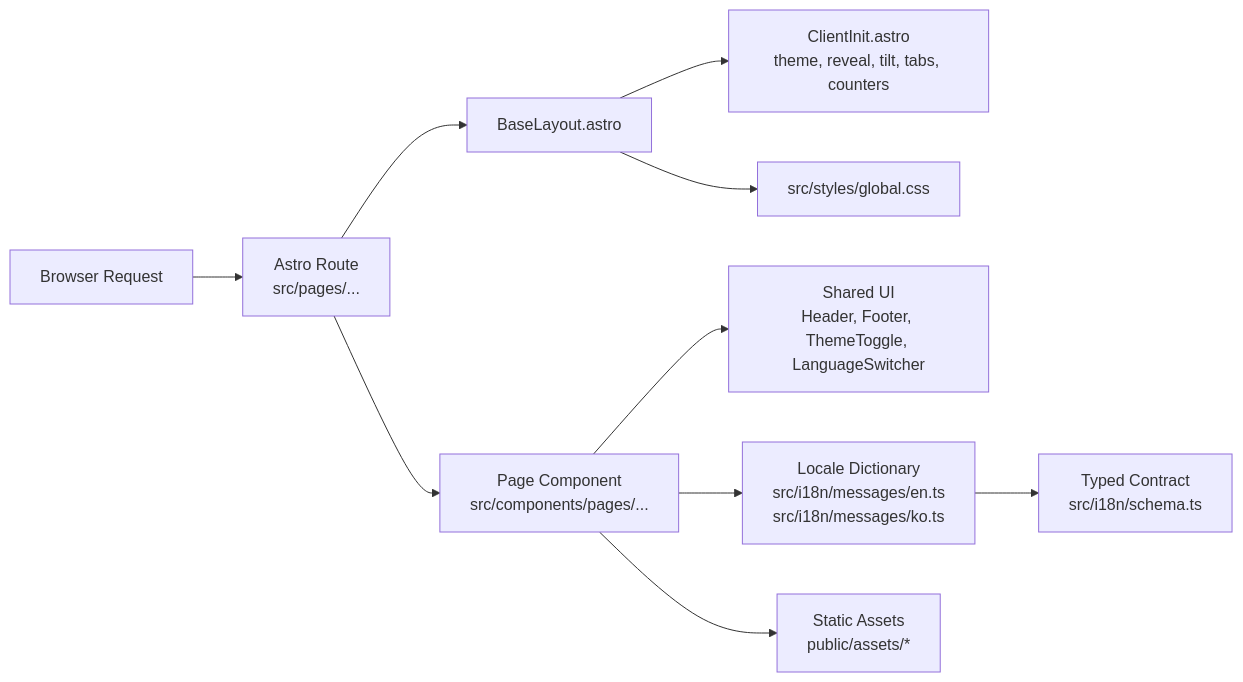
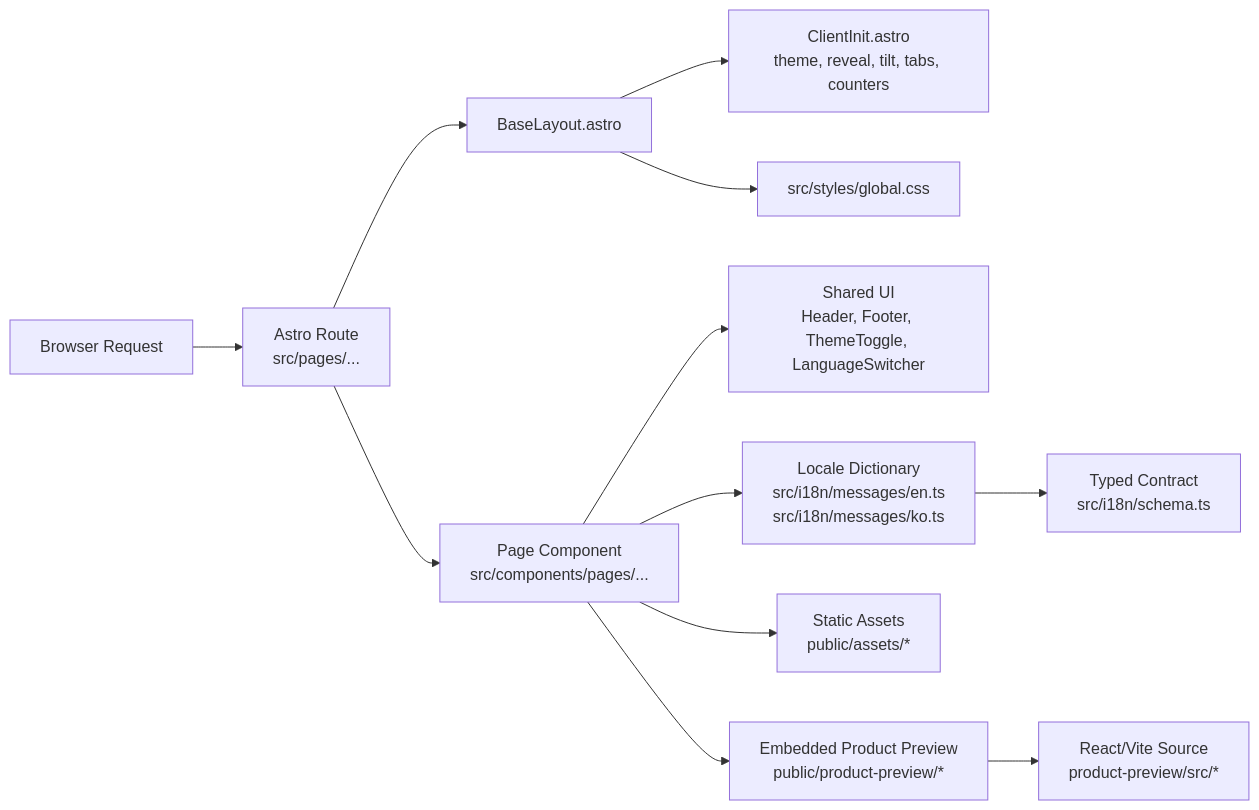
One commit to 2InfinityN6eyond/DemoPage changed the first of 5 diagrams in README.md. Above: the diagram before and after it, drawn with Mermaid. The commit also changed other lines of this file and 25 other files, not shown here.

Commit message:
embed product-preview into homepage

````diff
--- a/README.md
+++ b/README.md
@@ -135,15 +144,17 @@
 ```mermaid
 flowchart LR
     Browser["Browser Request"] --> Route["Astro Route<br/>src/pages/..."]
     Route --> Layout["BaseLayout.astro"]
     Route --> Page["Page Component<br/>src/components/pages/..."]
 
     Layout --> Client["ClientInit.astro<br/>theme, reveal, tilt, tabs, counters"]
     Layout --> GlobalCSS["src/styles/global.css"]
 
     Page --> Shared["Shared UI<br/>Header, Footer, ThemeToggle, LanguageSwitcher"]
     Page --> Dict["Locale Dictionary<br/>src/i18n/messages/en.ts<br/>src/i18n/messages/ko.ts"]
     Page --> Assets["Static Assets<br/>public/assets/*"]
+    Page --> Preview["Embedded Product Preview<br/>public/product-preview/*"]
+    Preview --> PreviewSource["React/Vite Source<br/>product-preview/src/*"]
 
     Dict --> Schema["Typed Contract<br/>src/i18n/schema.ts"]
 ```
````
